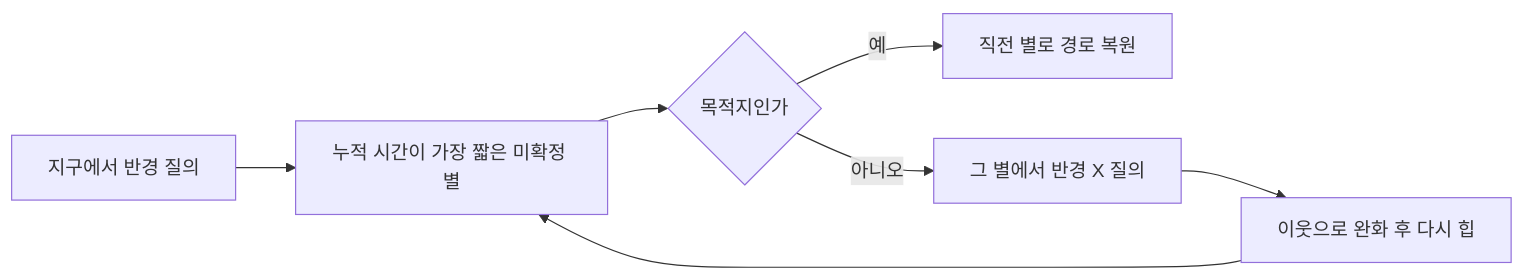
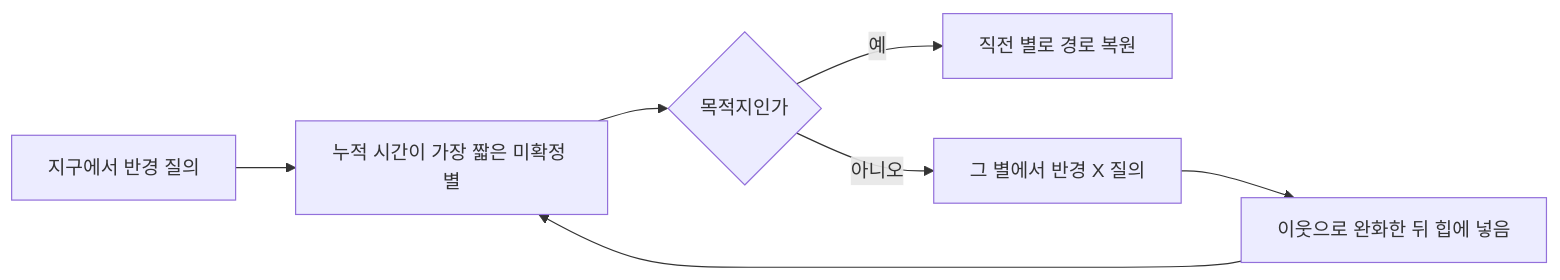
One commit to kim-kwanho/exoplanet-hop changed the diagram in README.md. Above: the diagram before and after it, drawn with Mermaid. The commit also changed other lines of this file, not shown here.

````diff
--- a/README.md
+++ b/README.md
@@ -71,9 +94,9 @@
 ```mermaid
 flowchart LR
   S["지구에서 반경 질의"] --> H["누적 시간이 가장 짧은 미확정 별"]
   H --> D{"목적지인가"}
   D -->|예| P["직전 별로 경로 복원"]
   D -->|아니오| Q["그 별에서 반경 X 질의"]
-  Q --> R["이웃으로 완화 후 다시 힙"]
+  Q --> R["이웃으로 완화한 뒤 힙에 넣음"]
   R --> H
 ```
````
